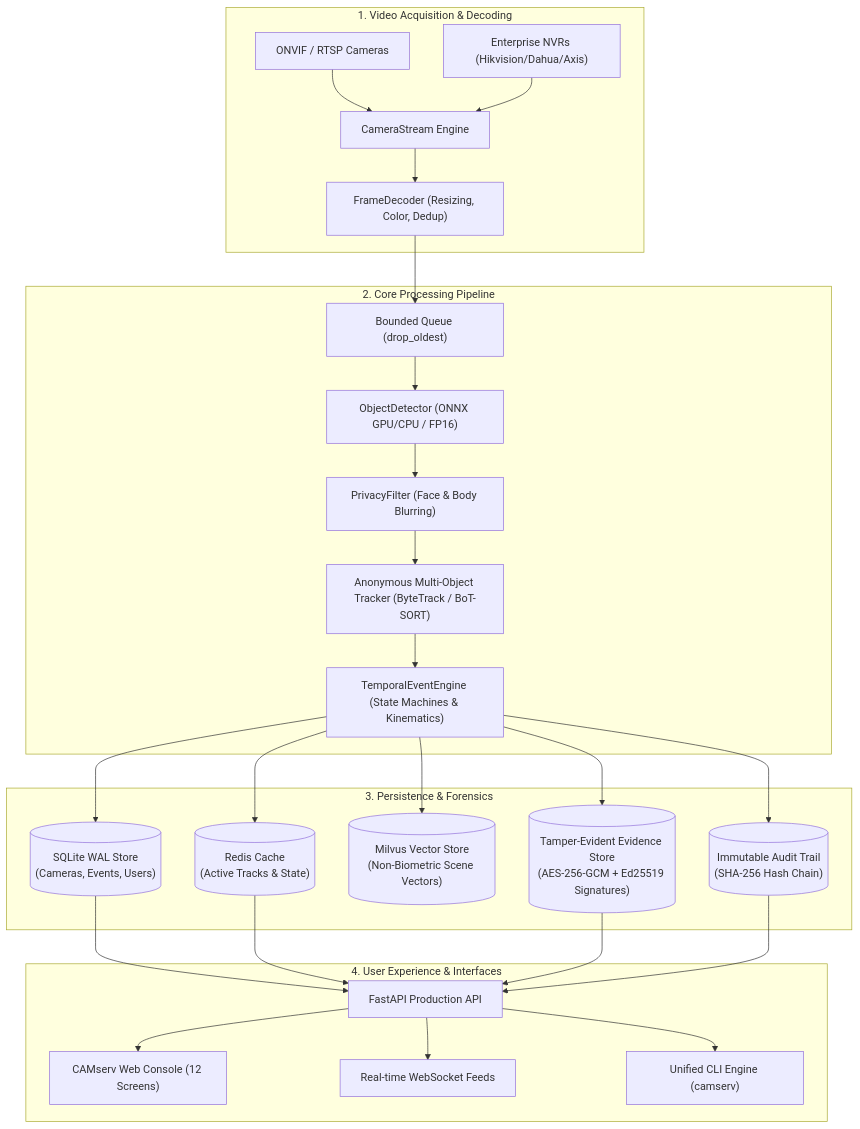
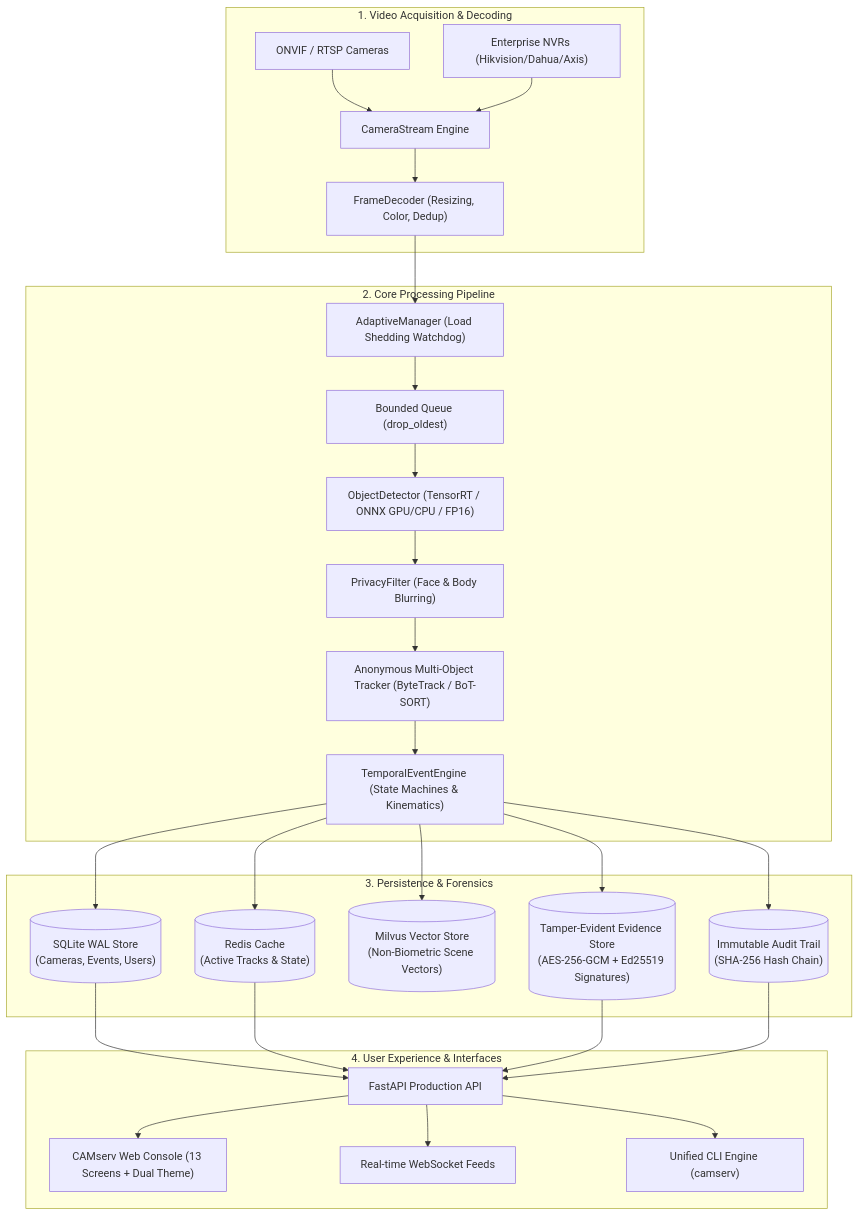
One commit to aboulouafaeit-sys/CAMserv.IT changed the diagram in README.md. Above: the diagram before and after it, drawn with Mermaid. The commit also changed other lines of this file and 22 other files, not shown here.

````diff
--- a/README.md
+++ b/README.md
@@ -56,34 +93,35 @@
 ```mermaid
 graph TD
     subgraph INGEST ["1. Video Acquisition & Decoding"]
         CAM1["ONVIF / RTSP Cameras"] --> INGESTION["CameraStream Engine"]
         NVR["Enterprise NVRs (Hikvision/Dahua/Axis)"] --> INGESTION
         INGESTION --> DECODER["FrameDecoder (Resizing, Color, Dedup)"]
     end
 
     subgraph ENGINE ["2. Core Processing Pipeline"]
-        DECODER --> BACKPRESSURE["Bounded Queue (drop_oldest)"]
-        BACKPRESSURE --> DETECTOR["ObjectDetector (ONNX GPU/CPU / FP16)"]
+        DECODER --> ADAPTIVE["AdaptiveManager (Load Shedding Watchdog)"]
+        ADAPTIVE --> BACKPRESSURE["Bounded Queue (drop_oldest)"]
+        BACKPRESSURE --> DETECTOR["ObjectDetector (TensorRT / ONNX GPU/CPU / FP16)"]
         DETECTOR --> PRIVACY["PrivacyFilter (Face & Body Blurring)"]
         PRIVACY --> TRACKER["Anonymous Multi-Object Tracker (ByteTrack / BoT-SORT)"]
         TRACKER --> EVENTS["TemporalEventEngine (State Machines & Kinematics)"]
     end
 
     subgraph STORAGE ["3. Persistence & Forensics"]
         EVENTS --> SQLITE[("SQLite WAL Store<br/>(Cameras, Events, Users)")]
         EVENTS --> REDIS[("Redis Cache<br/>(Active Tracks & State)")]
         EVENTS --> MILVUS[("Milvus Vector Store<br/>(Non-Biometric Scene Vectors)")]
         EVENTS --> EVIDENCE[("Tamper-Evident Evidence Store<br/>(AES-256-GCM + Ed25519 Signatures)")]
         EVENTS --> AUDIT[("Immutable Audit Trail<br/>(SHA-256 Hash Chain)")]
     end
 
     subgraph PRESENTATION ["4. User Experience & Interfaces"]
         SQLITE --> FASTAPI["FastAPI Production API"]
         REDIS --> FASTAPI
         EVIDENCE --> FASTAPI
         AUDIT --> FASTAPI
-        FASTAPI --> CONSOLE["CAMserv Web Console (12 Screens)"]
+        FASTAPI --> CONSOLE["CAMserv Web Console (13 Screens + Dual Theme)"]
         FASTAPI --> WS["Real-time WebSocket Feeds"]
         FASTAPI --> CLI["Unified CLI Engine (camserv)"]
     end
 ```
````
